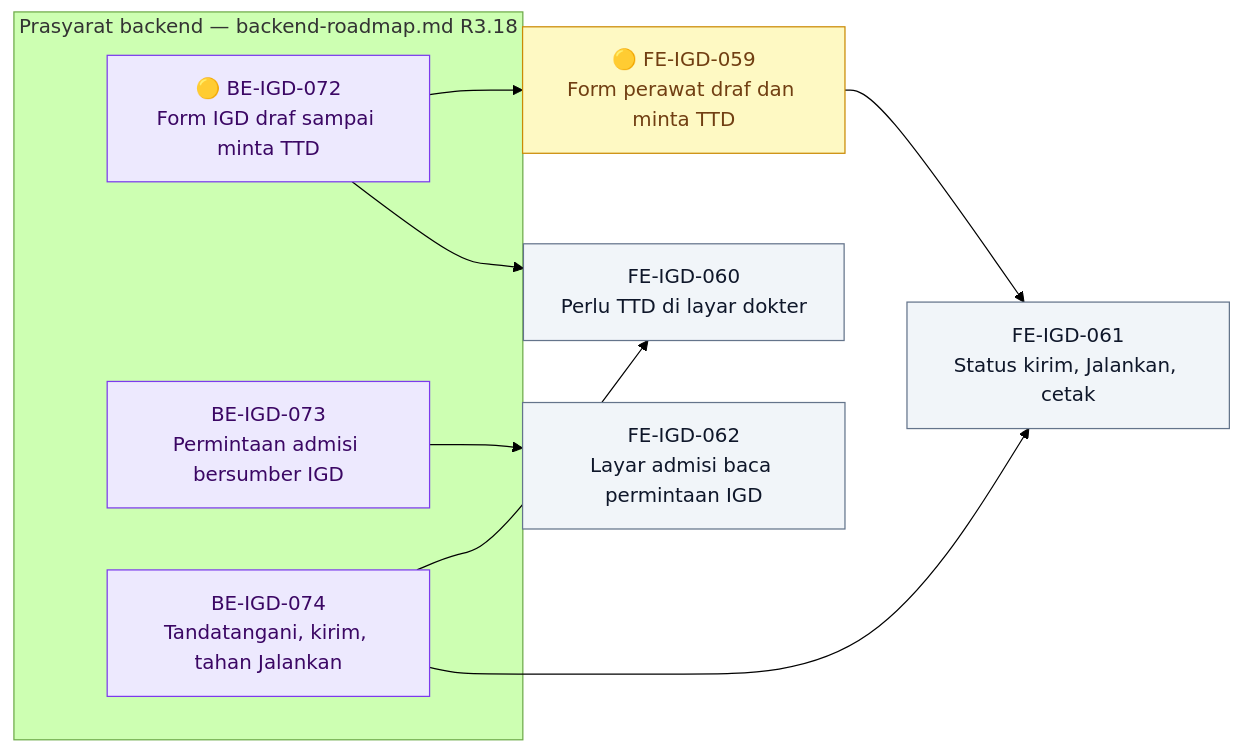
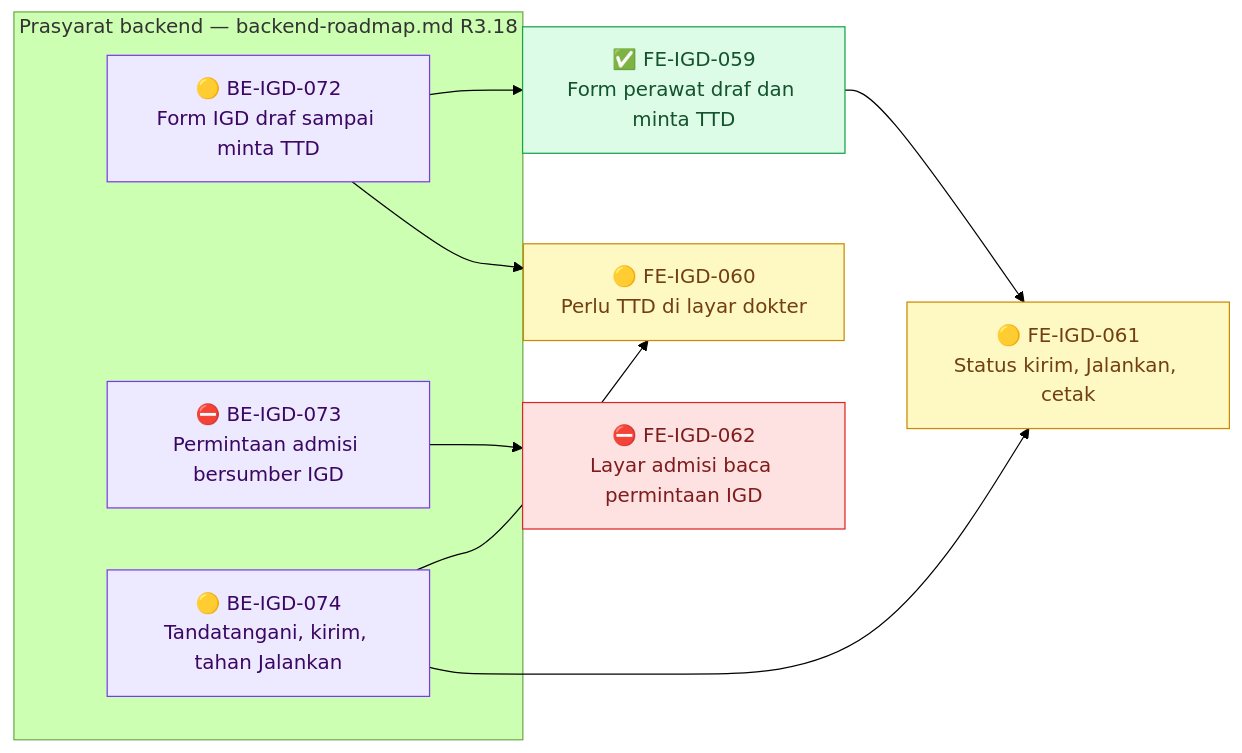
Before and after one commit to DevBenari/NewQuilvianSystemBackend: diagram 19 of 19 in docs/module-blueprints/igd/roadmap/frontend-roadmap.md, drawn with Mermaid (forest theme). The commit also changed other lines of this file and 37 other files, not shown here.

````diff
--- a/docs/module-blueprints/igd/roadmap/frontend-roadmap.md
+++ b/docs/module-blueprints/igd/roadmap/frontend-roadmap.md
@@ -2727,26 +2729,26 @@
 ```mermaid
 flowchart LR
     classDef selesai fill:#DCFCE7,stroke:#16A34A,color:#14532D
     classDef sebagian fill:#FEF9C3,stroke:#CA8A04,color:#713F12
     classDef terblokir fill:#FEE2E2,stroke:#DC2626,color:#7F1D1D
     classDef belum fill:#F1F5F9,stroke:#64748B,color:#0F172A
     classDef luar fill:#EDE9FE,stroke:#7C3AED,color:#3B0764
 
     subgraph backend1601["Prasyarat backend — backend-roadmap.md R3.18"]
         BEIGD072P["🟡 BE-IGD-072<br/>Form IGD draf sampai minta TTD"]:::luar
-        BEIGD073P["BE-IGD-073<br/>Permintaan admisi bersumber IGD"]:::luar
-        BEIGD074P["BE-IGD-074<br/>Tandatangani, kirim, tahan Jalankan"]:::luar
+        BEIGD073P["⛔ BE-IGD-073<br/>Permintaan admisi bersumber IGD"]:::luar
+        BEIGD074P["🟡 BE-IGD-074<br/>Tandatangani, kirim, tahan Jalankan"]:::luar
     end
 
-    FEIGD059["🟡 FE-IGD-059<br/>Form perawat draf dan minta TTD"]:::sebagian
-    FEIGD060["FE-IGD-060<br/>Perlu TTD di layar dokter"]:::belum
-    FEIGD061["FE-IGD-061<br/>Status kirim, Jalankan, cetak"]:::belum
-    FEIGD062["FE-IGD-062<br/>Layar admisi baca permintaan IGD"]:::belum
+    FEIGD059["✅ FE-IGD-059<br/>Form perawat draf dan minta TTD"]:::selesai
+    FEIGD060["🟡 FE-IGD-060<br/>Perlu TTD di layar dokter"]:::sebagian
+    FEIGD061["🟡 FE-IGD-061<br/>Status kirim, Jalankan, cetak"]:::sebagian
+    FEIGD062["⛔ FE-IGD-062<br/>Layar admisi baca permintaan IGD"]:::terblokir
 
     BEIGD072P --> FEIGD059
     BEIGD072P --> FEIGD060
     BEIGD074P --> FEIGD060
     BEIGD074P --> FEIGD061
     FEIGD059 --> FEIGD061
     BEIGD073P --> FEIGD062
 ```
````
